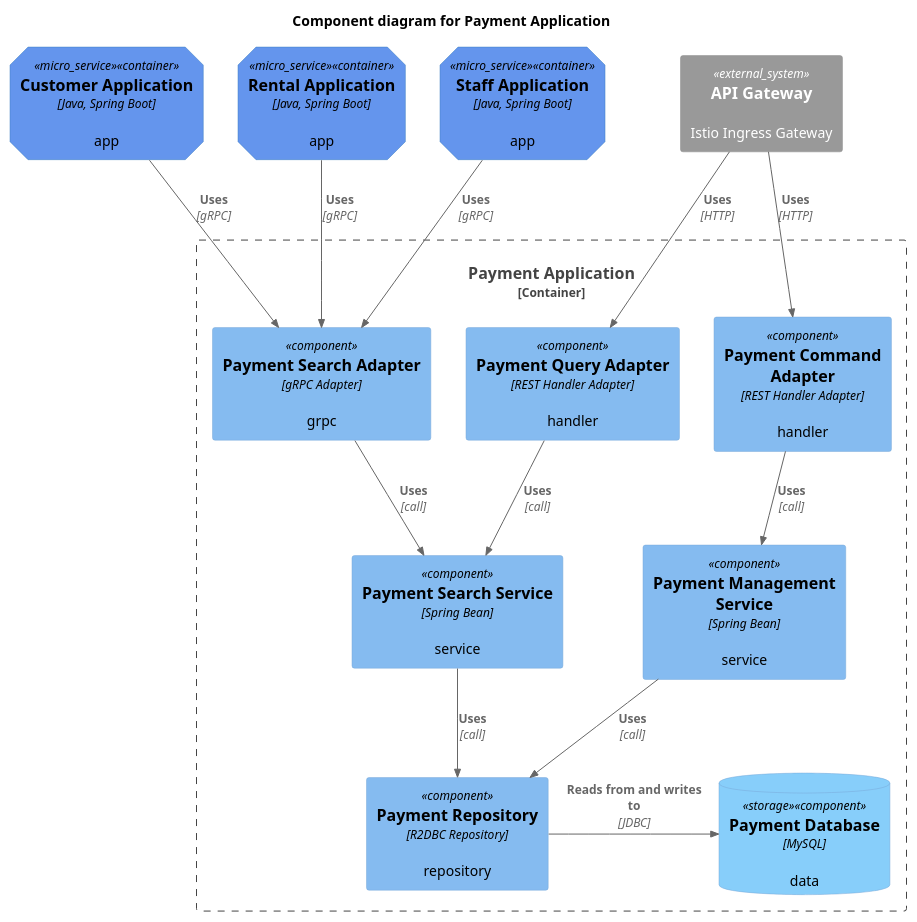
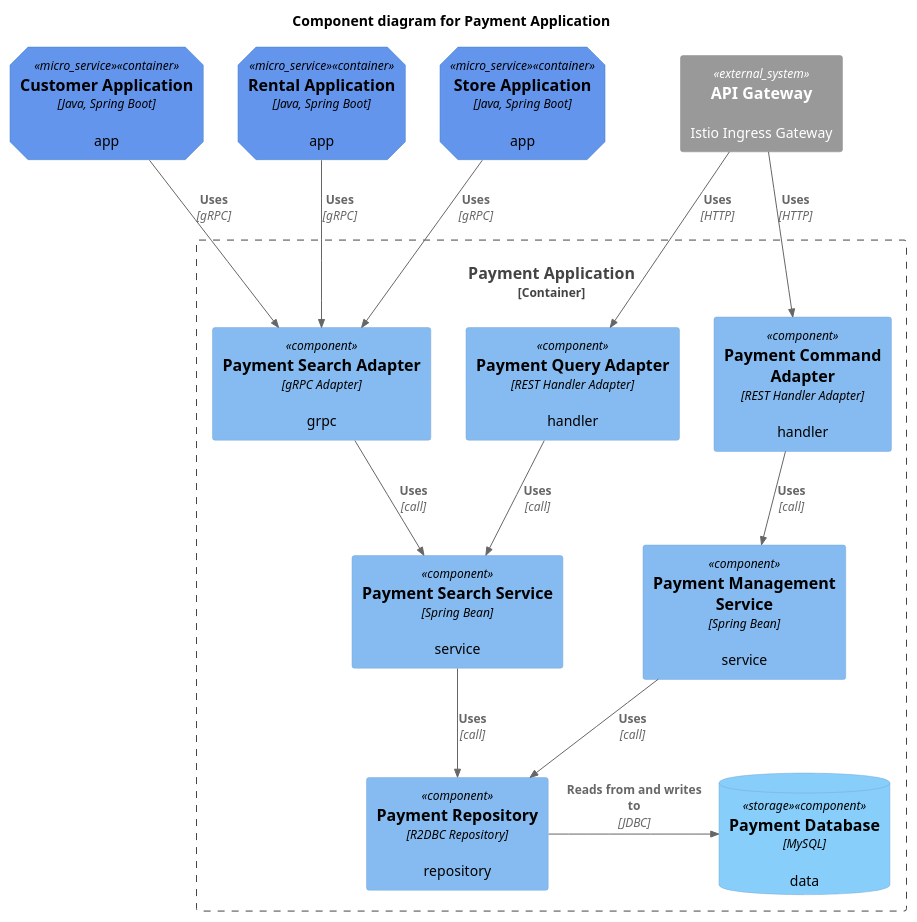
The diagram in diagram/component/payment-application.puml (codejsha/sakila-microservices), drawn with PlantUML before and after one commit. The commit also changed 33 other files, not shown here.

Commit message:
update architecture

```diff
--- a/diagram/component/payment-application.puml
+++ b/diagram/component/payment-application.puml
@@ -1,41 +1,41 @@
 @startuml "payment-application"
 !include https://raw.githubusercontent.com/plantuml-stdlib/C4-PlantUML/master/C4_Component.puml
 
 AddElementTag("micro_service", $shape=EightSidedShape(), $bgColor="CornflowerBlue", $fontColor="black", $legendText="micro service\neight sided")
 AddElementTag("storage", $shape=RoundedBoxShape(), $bgColor="lightSkyBlue", $fontColor="black")
 
 title Component diagram for Payment Application
 
 Container(customer_app, "Customer Application", "Java, Spring Boot", "app", $tags = "micro_service")
 Container(rental_app, "Rental Application", "Java, Spring Boot", "app", $tags = "micro_service")
-Container(staff_app, "Staff Application", "Java, Spring Boot", "app", $tags = "micro_service")
+Container(store_app, "Store Application", "Java, Spring Boot", "app", $tags = "micro_service")
 System_Ext(ingress_gateway, "API Gateway", "Istio Ingress Gateway")
 
 Container_Boundary(payment_app, "Payment Application") {
     Component(command_adapter, "Payment Command Adapter", "REST Handler Adapter", "handler")
     Component(query_adapter, "Payment Query Adapter", "REST Handler Adapter", "handler")
     Component(payment_search_adapter, "Payment Search Adapter", "gRPC Adapter", "grpc")
 
     Component(payment_mgmt_service, "Payment Management Service", "Spring Bean", "service")
     Component(payment_search_service, "Payment Search Service", "Spring Bean", "service")
 
     Component(payment_repository, "Payment Repository", "R2DBC Repository", "repository")
     ComponentDb(payment_db, "Payment Database", "MySQL", "data", $tags = "storage")
 
     Rel(command_adapter, payment_mgmt_service, "Uses", "call")
     Rel(query_adapter, payment_search_service, "Uses", "call")
     Rel(payment_search_adapter, payment_search_service, "Uses", "call")
 
     Rel(payment_mgmt_service, payment_repository, "Uses", "call")
     Rel(payment_search_service, payment_repository, "Uses", "call")
 
     Rel_R(payment_repository, payment_db, "Reads from and writes to", "JDBC")
 }
 
 Rel(customer_app, payment_search_adapter, "Uses", "gRPC")
 Rel(rental_app, payment_search_adapter, "Uses", "gRPC")
-Rel(staff_app, payment_search_adapter, "Uses", "gRPC")
+Rel(store_app, payment_search_adapter, "Uses", "gRPC")
 Rel(ingress_gateway, command_adapter, "Uses", "HTTP")
 Rel(ingress_gateway, query_adapter, "Uses", "HTTP")
 
 @enduml
```
